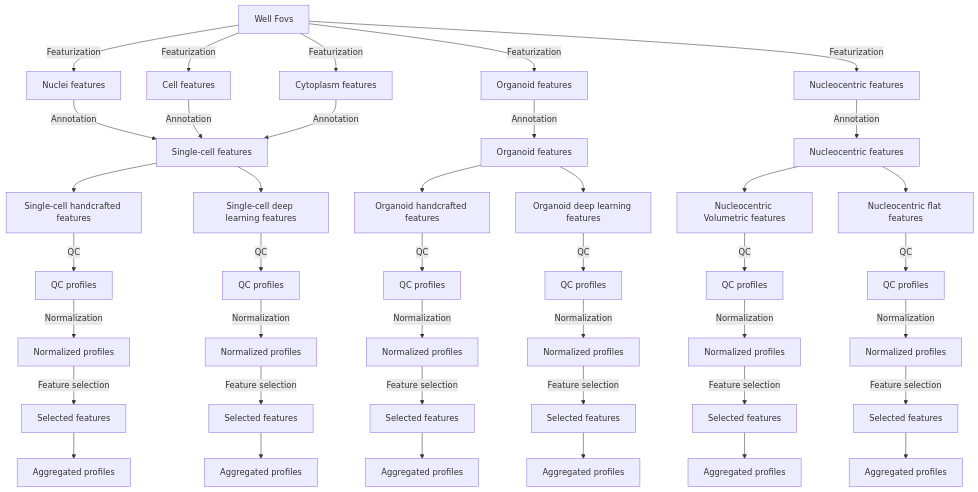
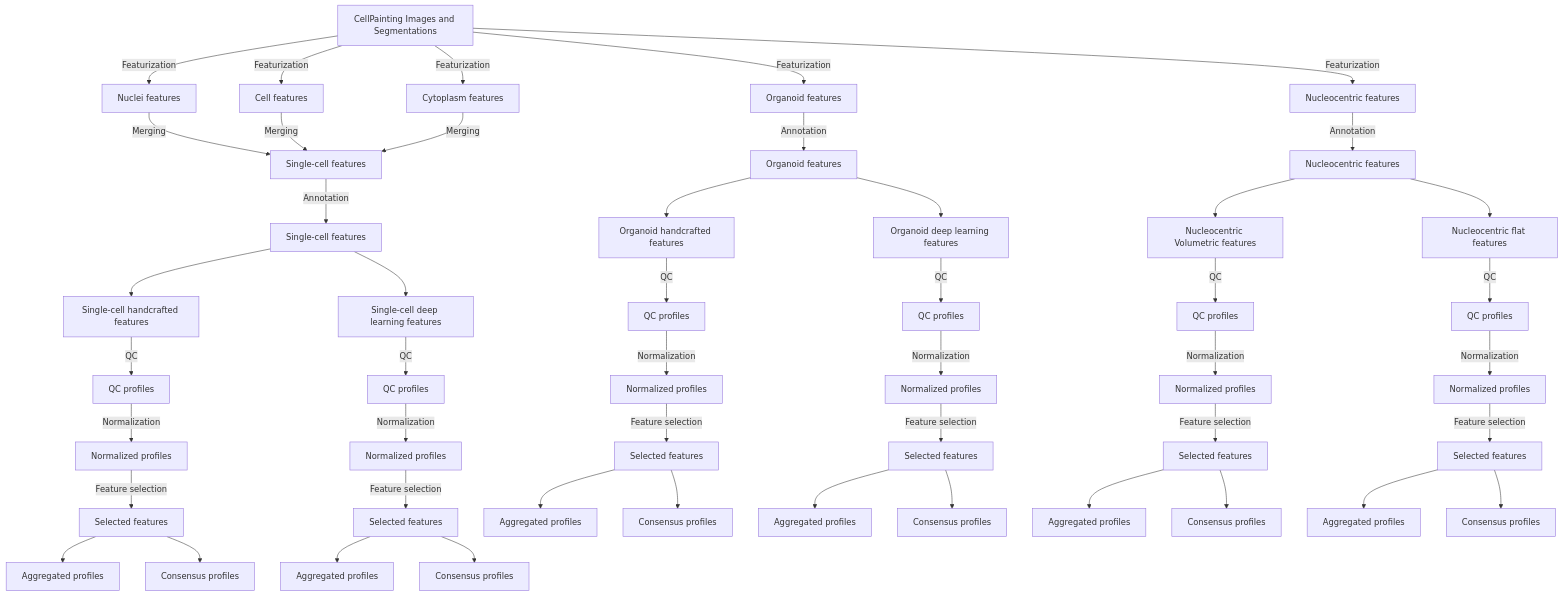
The diagram in 4.processing_image_based_profiles/README.md (WayScience/NF1_3D_organoid_profiling_pipeline), drawn with Mermaid before and after one commit.

````diff
--- a/4.processing_image_based_profiles/README.md
+++ b/4.processing_image_based_profiles/README.md
@@ -22,43 +22,56 @@
 ```mermaid
 graph TD
-    A[Well Fovs] -->|Featurization| B[Nuclei features ]
-    A -->|Featurization| C[Cell features ]
-    A -->|Featurization| D[Cytoplasm features ]
-    A -->|Featurization| E[Organoid features ]
-    A -->|Featurization| F[Nucleocentric    features ]
-    B --> |Annotation| G[Single-cell features ]
-    C --> |Annotation|G[Single-cell features ]
-    D --> |Annotation|G[Single-cell features ]
-    E --> |Annotation|H[Organoid features ]
-    F --> |Annotation|I[Nucleocentric features ]
-    G --> J[Single-cell handcrafted features ]
-    G --> K[Single-cell deep learning features ]
+    A1[CellPainting Images and Segmentations]
+
+
+    A1 -->|Featurization| B[Nuclei features ]
+    A1 -->|Featurization| C[Cell features ]
+    A1 -->|Featurization| D[Cytoplasm features ]
+    A1 -->|Featurization| E[Organoid features ]
+    A1 -->|Featurization| F[Nucleocentric features ]
+
+
+    B --> |Merging| G[Single-cell features ]
+    C --> |Merging| G[Single-cell features ]
+    D --> |Merging| G[Single-cell features ]
+    G --> |Annotation| G1[Single-cell features ]
+
+    E --> |Annotation| H[Organoid features ]
+    F --> |Annotation| I[Nucleocentric features ]
+    G1 --> J[Single-cell handcrafted features ]
+    G1 --> K[Single-cell deep learning features ]
     H --> L[Organoid handcrafted features]
     H --> M[Organoid deep learning features]
     I --> N[Nucleocentric Volumetric features]
     I --> O[Nucleocentric flat features]
     J --> |QC| P1[QC profiles]
     K --> |QC| P2[QC profiles]
     L --> |QC| P3[QC profiles]
     M --> |QC| P4[QC profiles]
     N --> |QC| P5[QC profiles]
     O --> |QC| P6[QC profiles]
     P1 --> |Normalization| S1[Normalized profiles]
     P2 --> |Normalization| S2[Normalized profiles]
     P3 --> |Normalization| S3[Normalized profiles]
     P4 --> |Normalization| S4[Normalized profiles]
     P5 --> |Normalization| S5[Normalized profiles]
     P6 --> |Normalization| S6[Normalized profiles]
     S1 --> |Feature selection| T1[Selected features]
     S2 --> |Feature selection| T2[Selected features]
     S3 --> |Feature selection| T3[Selected features]
     S4 --> |Feature selection| T4[Selected features]
     S5 --> |Feature selection| T5[Selected features]
     S6 --> |Feature selection| T6[Selected features]
     T1 --> U1[Aggregated profiles]
     T2 --> U2[Aggregated profiles]
     T3 --> U3[Aggregated profiles]
     T4 --> U4[Aggregated profiles]
     T5 --> U5[Aggregated profiles]
     T6 --> U6[Aggregated profiles]
+    T1 --> V1[Consensus profiles]
+    T2 --> V2[Consensus profiles]
+    T3 --> V3[Consensus profiles]
+    T4 --> V4[Consensus profiles]
+    T5 --> V5[Consensus profiles]
+    T6 --> V6[Consensus profiles]
 ```
````
